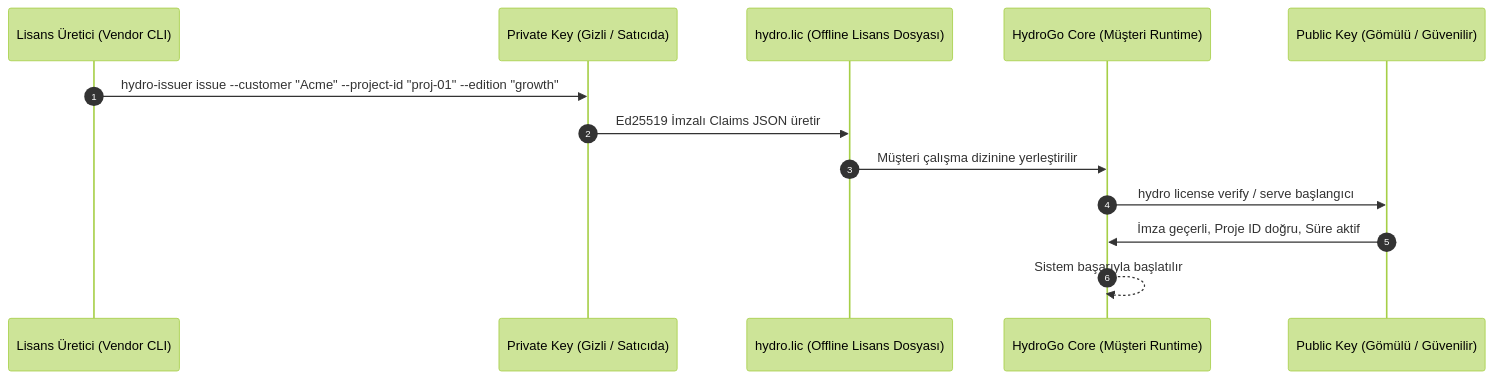
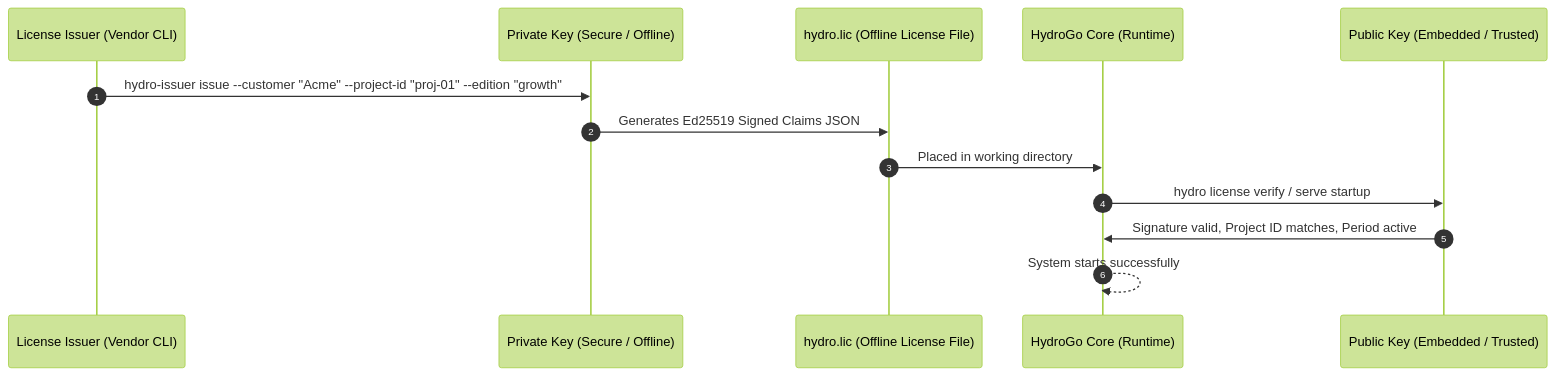
One commit to hydrohq/hydrogo changed the second of 2 diagrams in docs/COMMERCIAL_LICENSING.md. Above: the diagram before and after it, drawn with Mermaid (forest theme). The commit also changed other lines of this file and 156 other files, not shown here.

````diff
--- a/docs/COMMERCIAL_LICENSING.md
+++ b/docs/COMMERCIAL_LICENSING.md
@@ -109,16 +107,16 @@
 ```mermaid
 sequenceDiagram
     autonumber
-    participant Admin as Lisans Üretici (Vendor CLI)
-    participant PrivKey as Private Key (Gizli / Satıcıda)
-    participant File as hydro.lic (Offline Lisans Dosyası)
-    participant Core as HydroGo Core (Müşteri Runtime)
-    participant PubKey as Public Key (Gömülü / Güvenilir)
+    participant Admin as License Issuer (Vendor CLI)
+    participant PrivKey as Private Key (Secure / Offline)
+    participant File as hydro.lic (Offline License File)
+    participant Core as HydroGo Core (Runtime)
+    participant PubKey as Public Key (Embedded / Trusted)
 
     Admin->>PrivKey: hydro-issuer issue --customer "Acme" --project-id "proj-01" --edition "growth"
-    PrivKey->>File: Ed25519 İmzalı Claims JSON üretir
-    File->>Core: Müşteri çalışma dizinine yerleştirilir
-    Core->>PubKey: hydro license verify / serve başlangıcı
-    PubKey->>Core: İmza geçerli, Proje ID doğru, Süre aktif
-    Core-->>Core: Sistem başarıyla başlatılır
+    PrivKey->>File: Generates Ed25519 Signed Claims JSON
+    File->>Core: Placed in working directory
+    Core->>PubKey: hydro license verify / serve startup
+    PubKey->>Core: Signature valid, Project ID matches, Period active
+    Core-->>Core: System starts successfully
 ```
````
